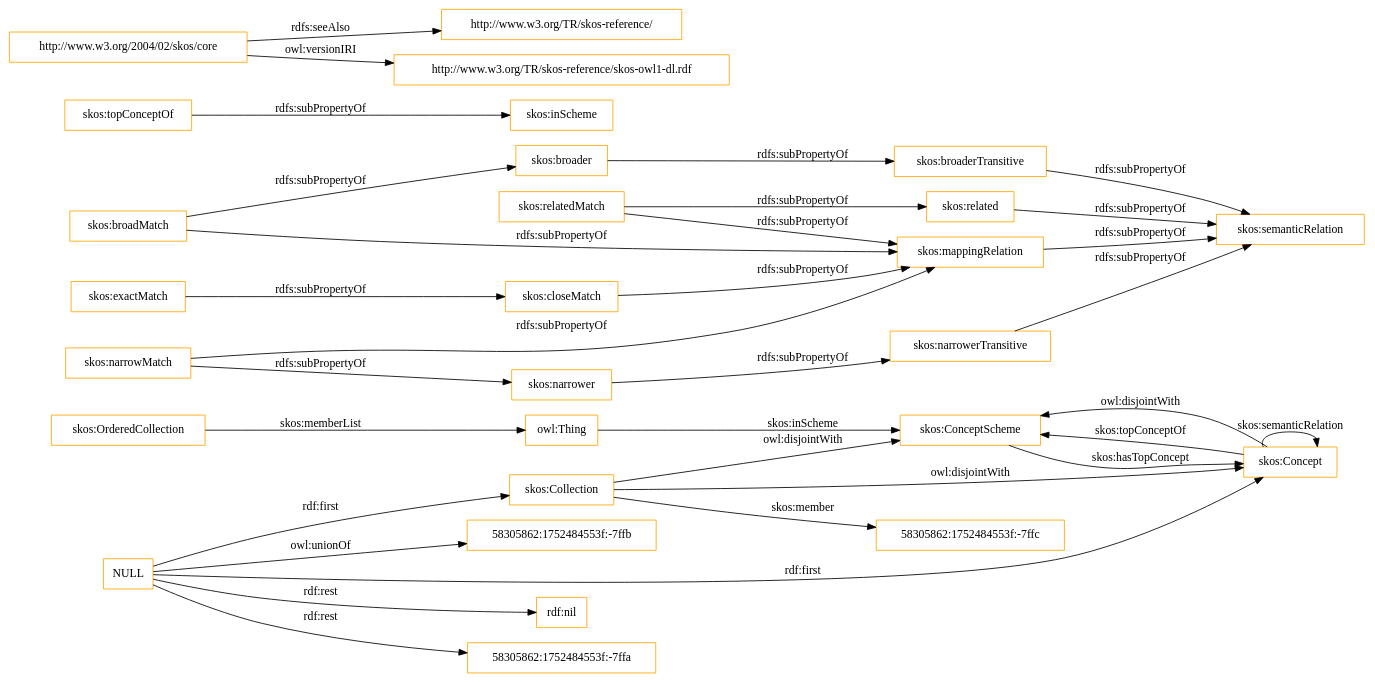
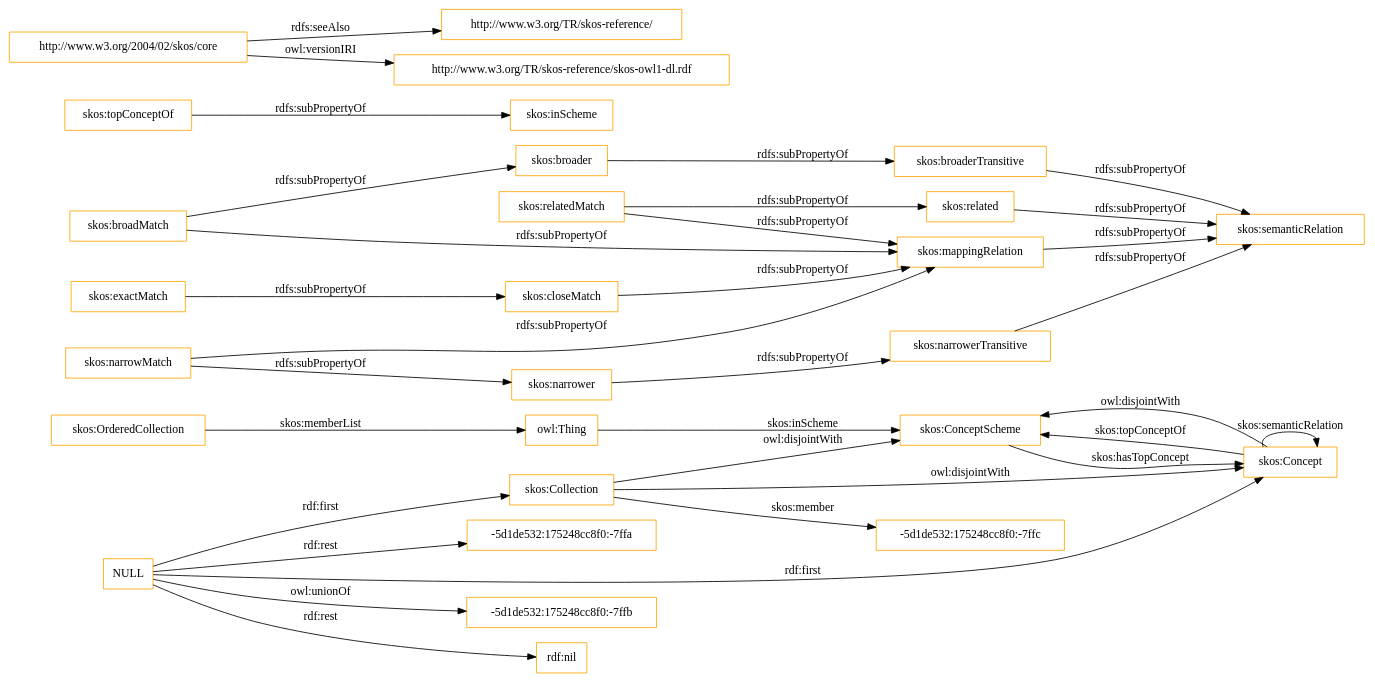
One commit to OnToologyUser/core-ontology-1 changed the diagram in OnToology/imports/skos.owl/diagrams/ar2dtool-class/skos.owl.png.dot. Above: the diagram before and after it, drawn with Graphviz. The commit also changed 14 other files, not shown here.

```diff
--- a/OnToology/imports/skos.owl/diagrams/ar2dtool-class/skos.owl.png.dot
+++ b/OnToology/imports/skos.owl/diagrams/ar2dtool-class/skos.owl.png.dot
@@ -1,37 +1,37 @@
 digraph ar2dtool_diagram { 
 rankdir=LR;
 size="1501"
-node [shape = rectangle, color="orange"]; "skos:OrderedCollection" "skos:ConceptScheme" "skos:Concept" "skos:Collection" "58305862:1752484553f:-7ffc" ; /*classes style*/
+node [shape = rectangle, color="orange"]; "skos:OrderedCollection" "skos:ConceptScheme" "skos:Concept" "skos:Collection" "-5d1de532:175248cc8f0:-7ffc" ; /*classes style*/
 	"skos:narrowerTransitive" -> "skos:semanticRelation" [ label = "rdfs:subPropertyOf" ];
+	"NULL" -> "-5d1de532:175248cc8f0:-7ffb" [ label = "owl:unionOf" ];
 	"NULL" -> "rdf:nil" [ label = "rdf:rest" ];
 	"NULL" -> "skos:Concept" [ label = "rdf:first" ];
-	"NULL" -> "58305862:1752484553f:-7ffa" [ label = "rdf:rest" ];
+	"NULL" -> "-5d1de532:175248cc8f0:-7ffa" [ label = "rdf:rest" ];
 	"NULL" -> "skos:Collection" [ label = "rdf:first" ];
-	"NULL" -> "58305862:1752484553f:-7ffb" [ label = "owl:unionOf" ];
 	"skos:closeMatch" -> "skos:mappingRelation" [ label = "rdfs:subPropertyOf" ];
 	"skos:Concept" -> "skos:ConceptScheme" [ label = "owl:disjointWith" ];
 	"skos:relatedMatch" -> "skos:related" [ label = "rdfs:subPropertyOf" ];
 	"skos:relatedMatch" -> "skos:mappingRelation" [ label = "rdfs:subPropertyOf" ];
 	"skos:related" -> "skos:semanticRelation" [ label = "rdfs:subPropertyOf" ];
 	"skos:topConceptOf" -> "skos:inScheme" [ label = "rdfs:subPropertyOf" ];
 	"skos:broadMatch" -> "skos:mappingRelation" [ label = "rdfs:subPropertyOf" ];
 	"skos:broadMatch" -> "skos:broader" [ label = "rdfs:subPropertyOf" ];
 	"skos:exactMatch" -> "skos:closeMatch" [ label = "rdfs:subPropertyOf" ];
 	"skos:broaderTransitive" -> "skos:semanticRelation" [ label = "rdfs:subPropertyOf" ];
 	"skos:broader" -> "skos:broaderTransitive" [ label = "rdfs:subPropertyOf" ];
 	"skos:mappingRelation" -> "skos:semanticRelation" [ label = "rdfs:subPropertyOf" ];
 	"http://www.w3.org/2004/02/skos/core" -> "http://www.w3.org/TR/skos-reference/" [ label = "rdfs:seeAlso" ];
 	"http://www.w3.org/2004/02/skos/core" -> "http://www.w3.org/TR/skos-reference/skos-owl1-dl.rdf" [ label = "owl:versionIRI" ];
 	"skos:Collection" -> "skos:ConceptScheme" [ label = "owl:disjointWith" ];
 	"skos:Collection" -> "skos:Concept" [ label = "owl:disjointWith" ];
 	"skos:narrower" -> "skos:narrowerTransitive" [ label = "rdfs:subPropertyOf" ];
 	"skos:narrowMatch" -> "skos:narrower" [ label = "rdfs:subPropertyOf" ];
 	"skos:narrowMatch" -> "skos:mappingRelation" [ label = "rdfs:subPropertyOf" ];
 	"skos:OrderedCollection" -> "owl:Thing" [ label = "skos:memberList" ];
 	"skos:Concept" -> "skos:ConceptScheme" [ label = "skos:topConceptOf" ];
 	"skos:Concept" -> "skos:Concept" [ label = "skos:semanticRelation" ];
-	"skos:Collection" -> "58305862:1752484553f:-7ffc" [ label = "skos:member" ];
+	"skos:Collection" -> "-5d1de532:175248cc8f0:-7ffc" [ label = "skos:member" ];
 	"skos:ConceptScheme" -> "skos:Concept" [ label = "skos:hasTopConcept" ];
 	"owl:Thing" -> "skos:ConceptScheme" [ label = "skos:inScheme" ];
 
 }
```
